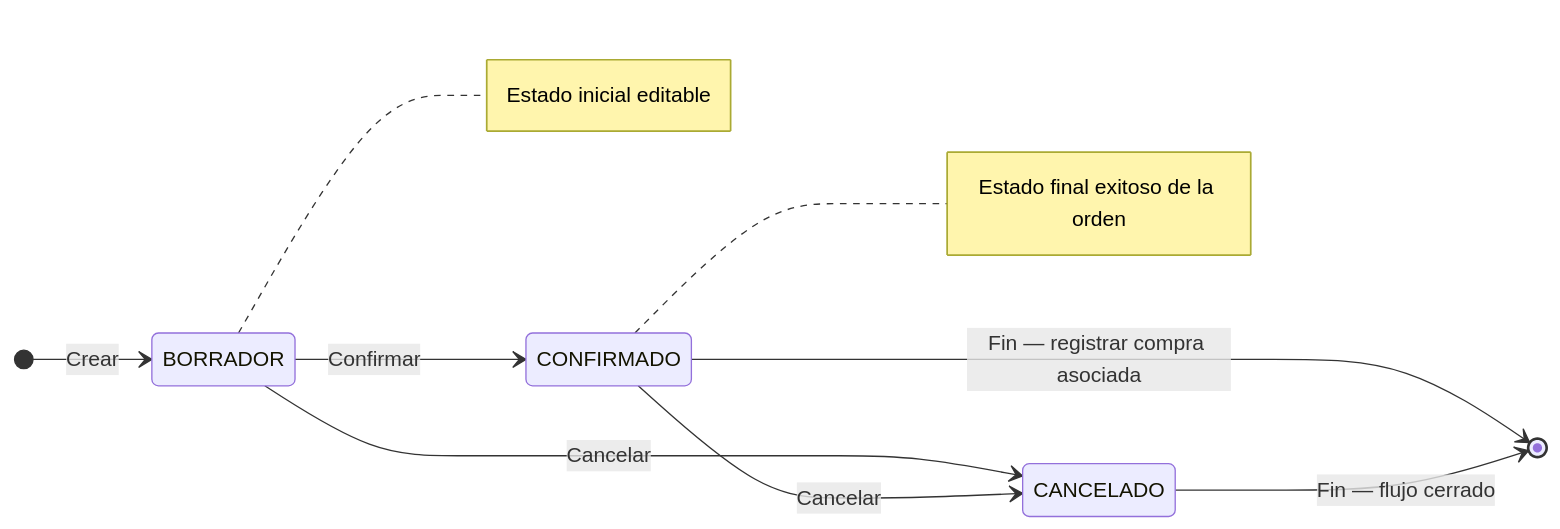
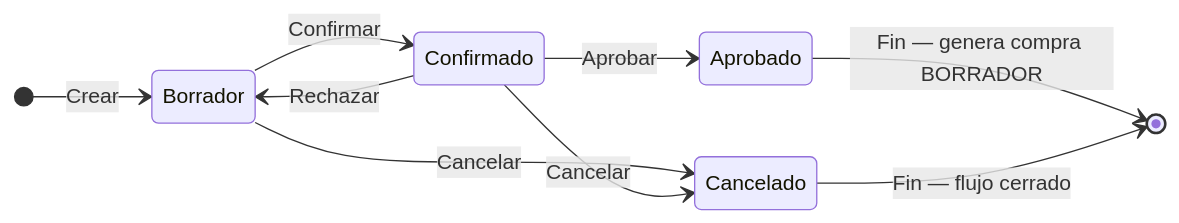
Before and after one commit to Zink-in-Tech/ZiT-ERP_DocsPublica_FE: the diagram in docs/compras/orden-compras.md, drawn with Mermaid. The commit also changed other lines of this file and 18 other files, not shown here.

````diff
--- a/docs/compras/orden-compras.md
+++ b/docs/compras/orden-compras.md
@@ -115,16 +134,12 @@
 ```mermaid
 stateDiagram-v2
   direction LR
-  [*] --> BORRADOR: Crear
-  BORRADOR --> CONFIRMADO: Confirmar
-  CONFIRMADO --> [*]: Fin — registrar compra asociada
-  BORRADOR --> CANCELADO: Cancelar
-  CONFIRMADO --> CANCELADO: Cancelar
-  CANCELADO --> [*]: Fin — flujo cerrado
-  note right of BORRADOR
-    Estado inicial editable
-  end note
-  note right of CONFIRMADO
-    Estado final exitoso de la orden
-  end note
+  [*] --> Borrador: Crear
+  Borrador --> Confirmado: Confirmar
+  Confirmado --> Aprobado: Aprobar
+  Aprobado --> [*]: Fin — genera compra BORRADOR
+  Borrador --> Cancelado: Cancelar
+  Confirmado --> Cancelado: Cancelar
+  Confirmado --> Borrador: Rechazar
+  Cancelado --> [*]: Fin — flujo cerrado
 ```
````
